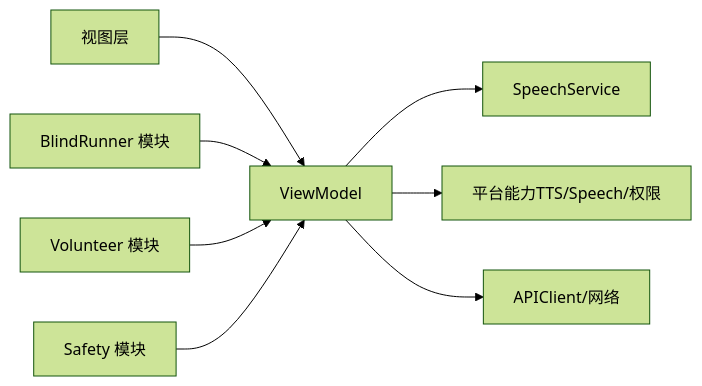
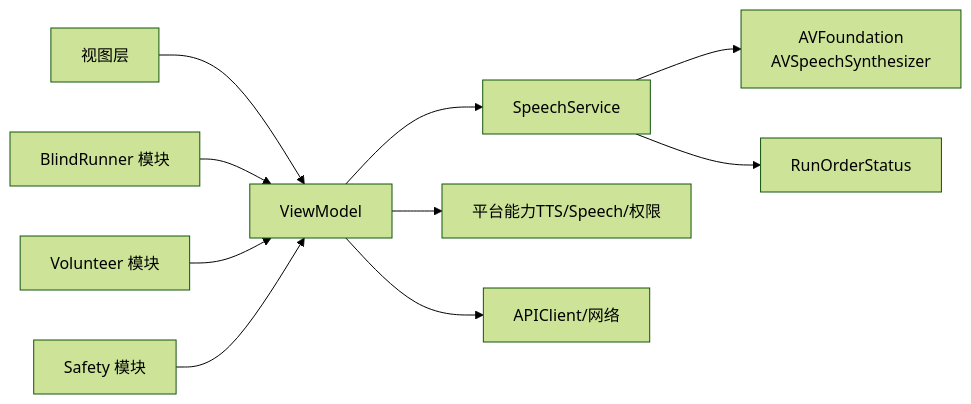
One commit to Jayden23018/blind-run-ios changed the seventh of 7 diagrams in .qoder/repowiki/zh/content/架构设计/无障碍集成设计.md. Above: the diagram before and after it, drawn with Mermaid (forest theme). The commit also changed other lines of this file and 35 other files, not shown here.

Commit message:
Implement backend auth and role-switch flow

````diff
--- a/.qoder/repowiki/zh/content/架构设计/无障碍集成设计.md
+++ b/.qoder/repowiki/zh/content/架构设计/无障碍集成设计.md
@@ -275,10 +312,12 @@
 ```mermaid
 graph LR
 View["视图层"] --> VM["ViewModel"]
 VM --> SpeechSvc["SpeechService"]
+SpeechSvc --> AVFoundation["AVFoundation<br/>AVSpeechSynthesizer"]
+SpeechSvc --> StatusEnum["RunOrderStatus"]
 VM --> Platform["平台能力TTS/Speech/权限"]
 VM --> APIClient["APIClient/网络"]
 BR["BlindRunner 模块"] --> VM
 VOL["Volunteer 模块"] --> VM
 SAFETY["Safety 模块"] --> VM
 ```
````
